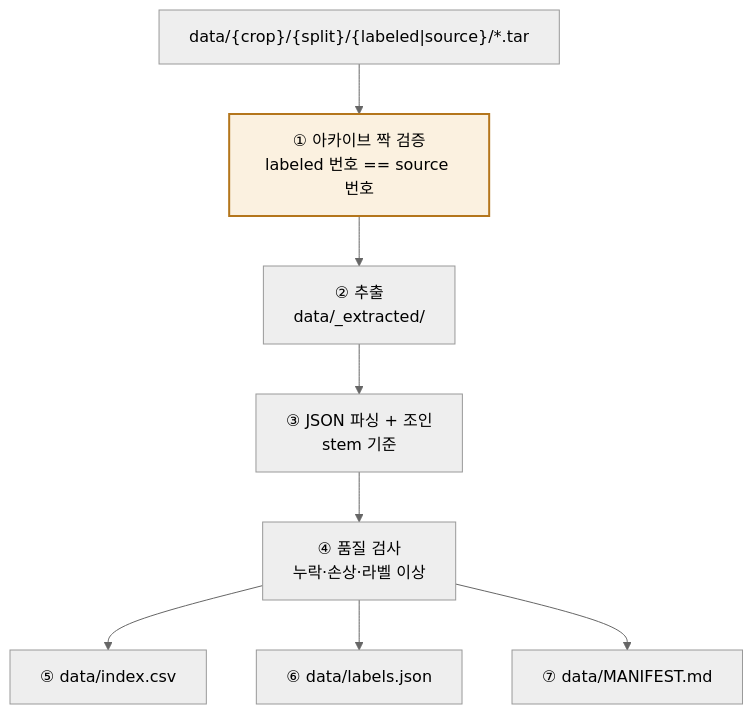
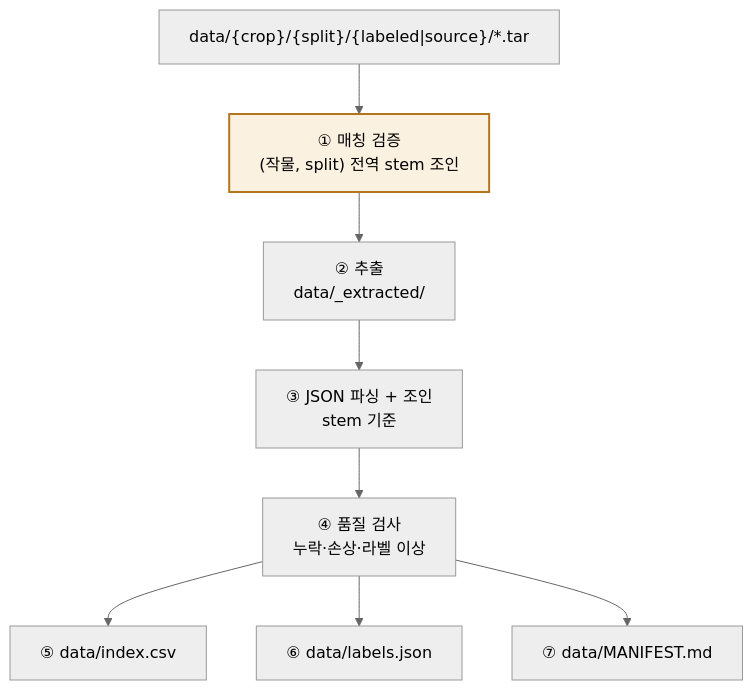
The diagram in 05_데이터_명세서.md (PEANUTBUTTER1001/leafscan), drawn with Mermaid (neutral theme) before and after one commit. The commit also changed other lines of this file and 7 other files, not shown here.

````diff
--- a/05_데이터_명세서.md
+++ b/05_데이터_명세서.md
@@ -219,17 +219,17 @@
 ```mermaid
 flowchart TB
     A["data/{crop}/{split}/{labeled|source}/*.tar"]
-    V["① 아카이브 짝 검증<br/>labeled 번호 == source 번호"]
+    V["① 매칭 검증<br/>(작물, split) 전역 stem 조인"]
     E["② 추출<br/>data/_extracted/"]
     P["③ JSON 파싱 + 조인<br/>stem 기준"]
     Q["④ 품질 검사<br/>누락·손상·라벨 이상"]
     I["⑤ data/index.csv"]
     L["⑥ data/labels.json"]
     M["⑦ data/MANIFEST.md"]
 
     A --> V --> E --> P --> Q --> I
     Q --> L
     Q --> M
 
     style V fill:#FBF1E0,stroke:#B4761C,stroke-width:2px
 ```
````
